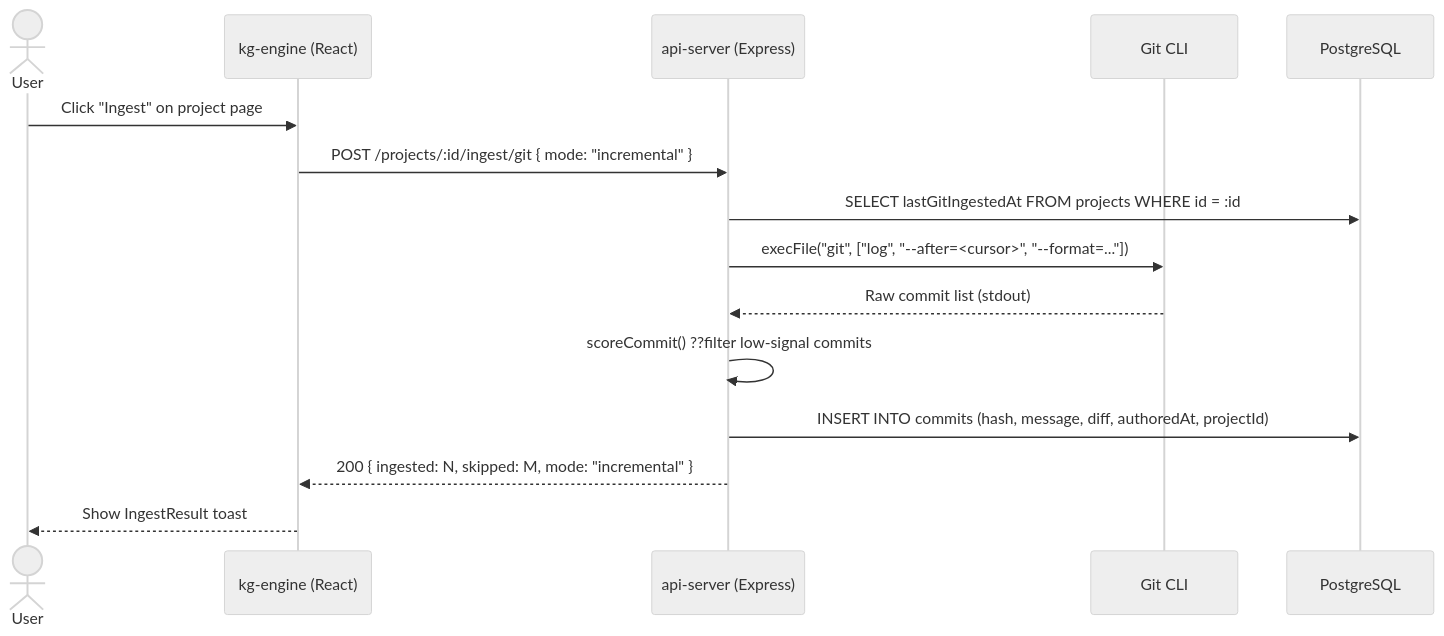
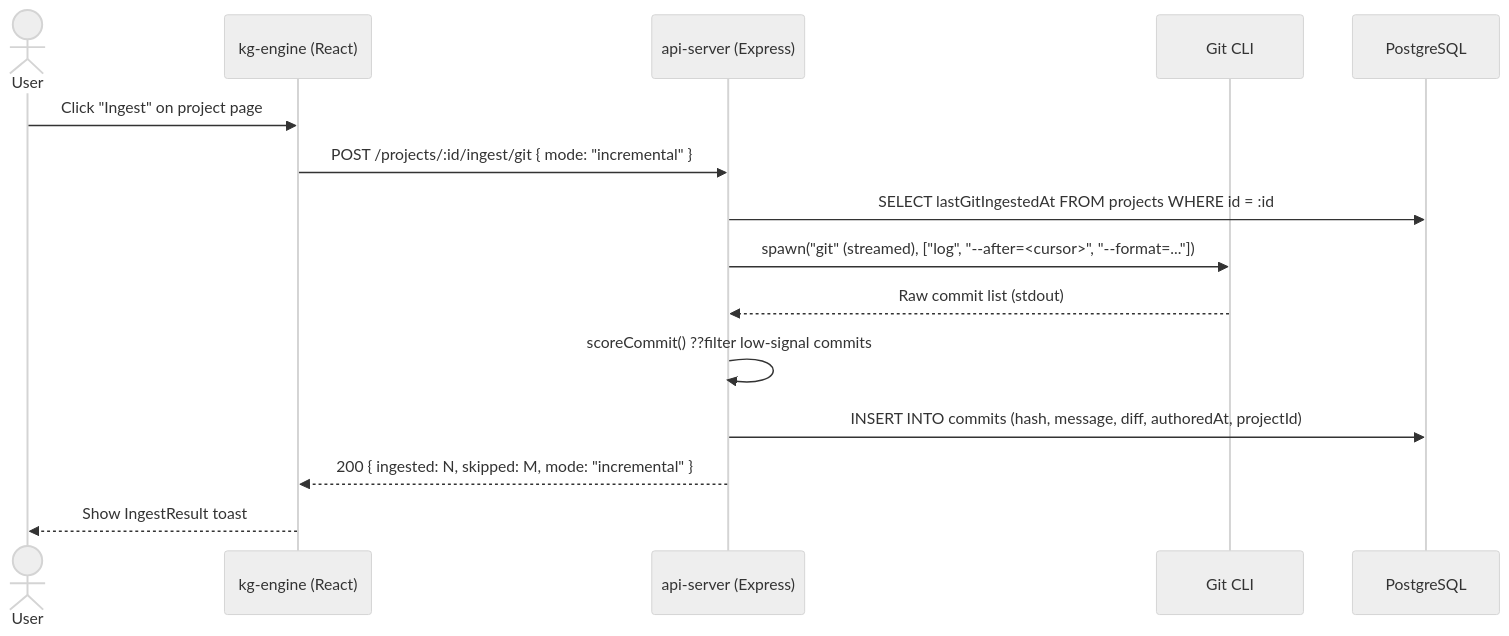
Before and after one commit to dyphn1/Docuvia: the first of 6 diagrams in docs/design/06-runtime-scenarios.md, drawn with Mermaid (neutral theme). The commit also changed 5 other files, not shown here.

Commit message:
docs(design): sync architecture docs with batch 3 resolutions (streaming, SQL cosine distance, payload limits)

````diff
--- a/docs/design/06-runtime-scenarios.md
+++ b/docs/design/06-runtime-scenarios.md
@@ -9,18 +9,18 @@
 ```mermaid
 sequenceDiagram
     actor User
     participant FE as kg-engine (React)
     participant API as api-server (Express)
     participant GIT as Git CLI
     participant DB as PostgreSQL
 
     User->>FE: Click "Ingest" on project page
     FE->>API: POST /projects/:id/ingest/git { mode: "incremental" }
     API->>DB: SELECT lastGitIngestedAt FROM projects WHERE id = :id
-    API->>GIT: execFile("git", ["log", "--after=<cursor>", "--format=..."])
+    API->>GIT: spawn("git" (streamed), ["log", "--after=<cursor>", "--format=..."])
     GIT-->>API: Raw commit list (stdout)
     API->>API: scoreCommit() ??filter low-signal commits
     API->>DB: INSERT INTO commits (hash, message, diff, authoredAt, projectId)
     API-->>FE: 200 { ingested: N, skipped: M, mode: "incremental" }
     FE-->>User: Show IngestResult toast
 ```
````
